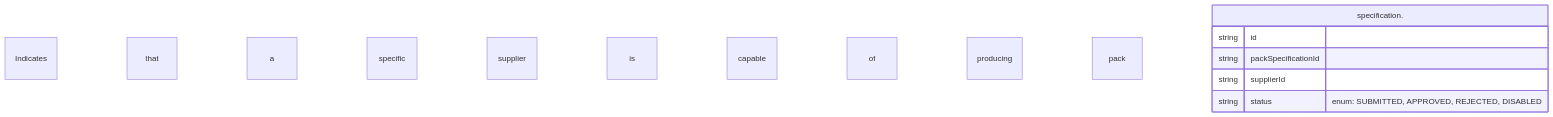
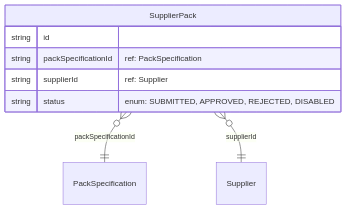
The fourth of 4 diagrams in packages/events/src/domain/erd.md (NHSDigital/nhs-notify-supplier-config), drawn with Mermaid before and after one commit. The commit also changed other lines of this file and 55 other files, not shown here.

````diff
--- a/packages/events/src/domain/erd.md
+++ b/packages/events/src/domain/erd.md
@@ -98,9 +130,11 @@
 ```mermaid
 erDiagram
-    Indicates that a specific supplier is capable of producing a specific pack specification. {
+    SupplierPack {
         string id
-        string packSpecificationId
-        string supplierId
+        string packSpecificationId "ref: PackSpecification"
+        string supplierId "ref: Supplier"
         string status "enum: SUBMITTED, APPROVED, REJECTED, DISABLED"
     }
+    SupplierPack }o--|| PackSpecification : "packSpecificationId"
+    SupplierPack }o--|| Supplier : "supplierId"
 ```
````
